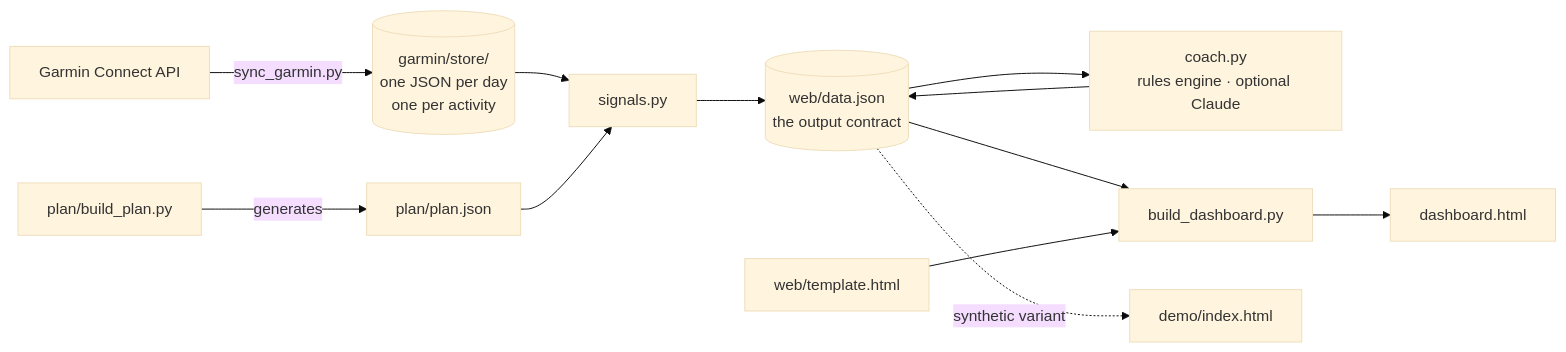
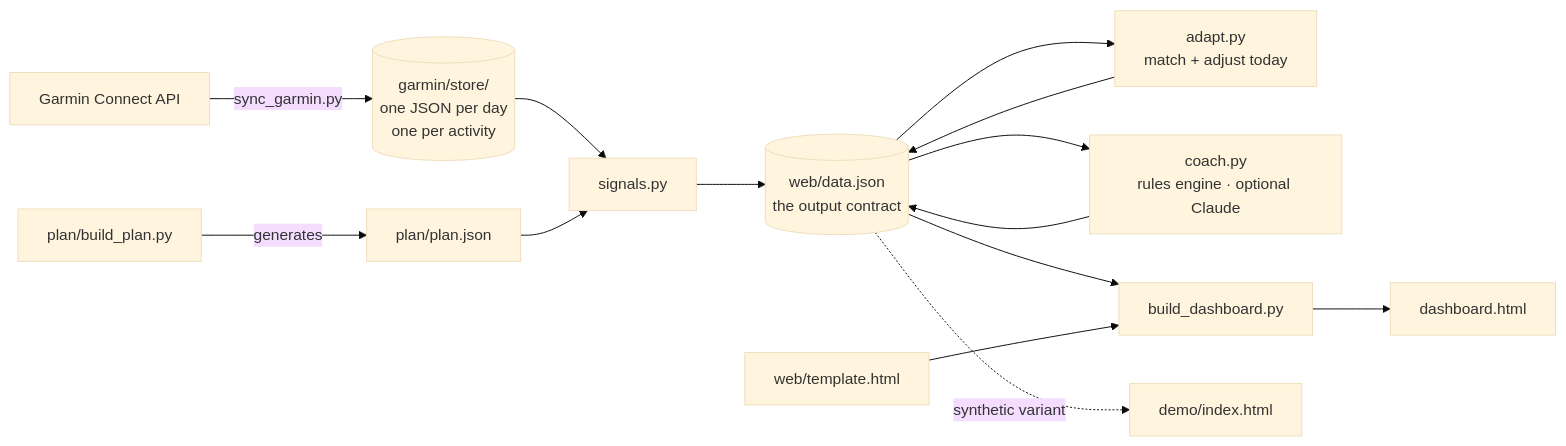
The diagram in README.md (fmclaughlin44/garmin-ai), drawn with Mermaid (base theme) before and after one commit. The commit also changed other lines of this file and 14 other files, not shown here.

````diff
--- a/README.md
+++ b/README.md
@@ -30,14 +32,16 @@
 ```mermaid
 flowchart LR
   G[Garmin Connect API] -->|sync_garmin.py| S[(garmin/store/<br/>one JSON per day<br/>one per activity)]
   P[plan/build_plan.py] -->|generates| PJ[plan/plan.json]
   S --> SIG[signals.py]
   PJ --> SIG
   SIG --> D[(web/data.json<br/>the output contract)]
+  D --> A[adapt.py<br/>match + adjust today]
+  A --> D
   D --> C[coach.py<br/>rules engine · optional Claude]
   C --> D
   D --> B[build_dashboard.py]
   T[web/template.html] --> B
   B --> H[dashboard.html]
   D -.->|synthetic variant| DEMO[demo/index.html]
 ```
````
